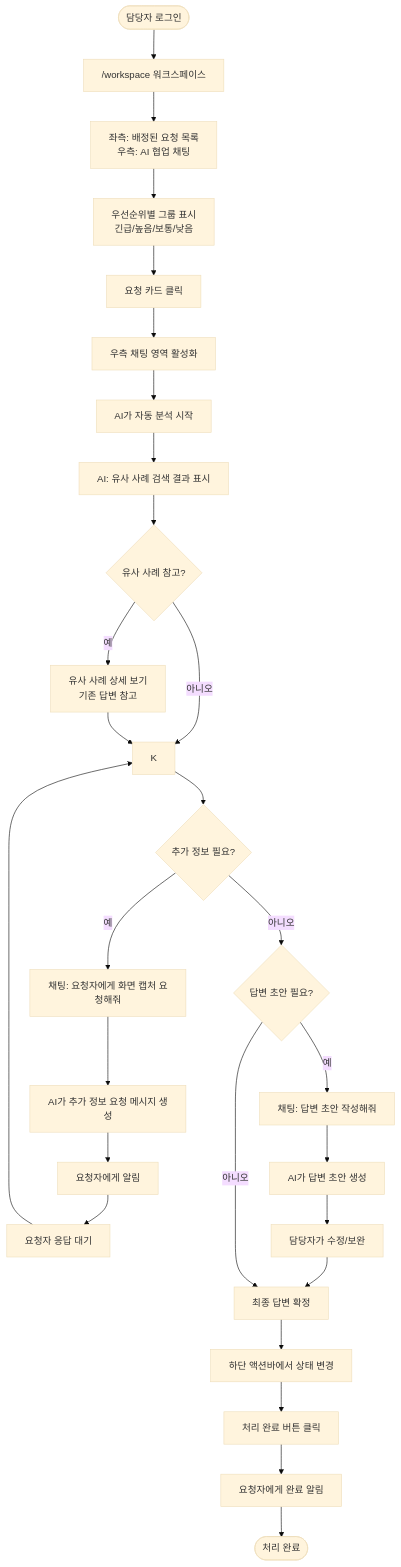
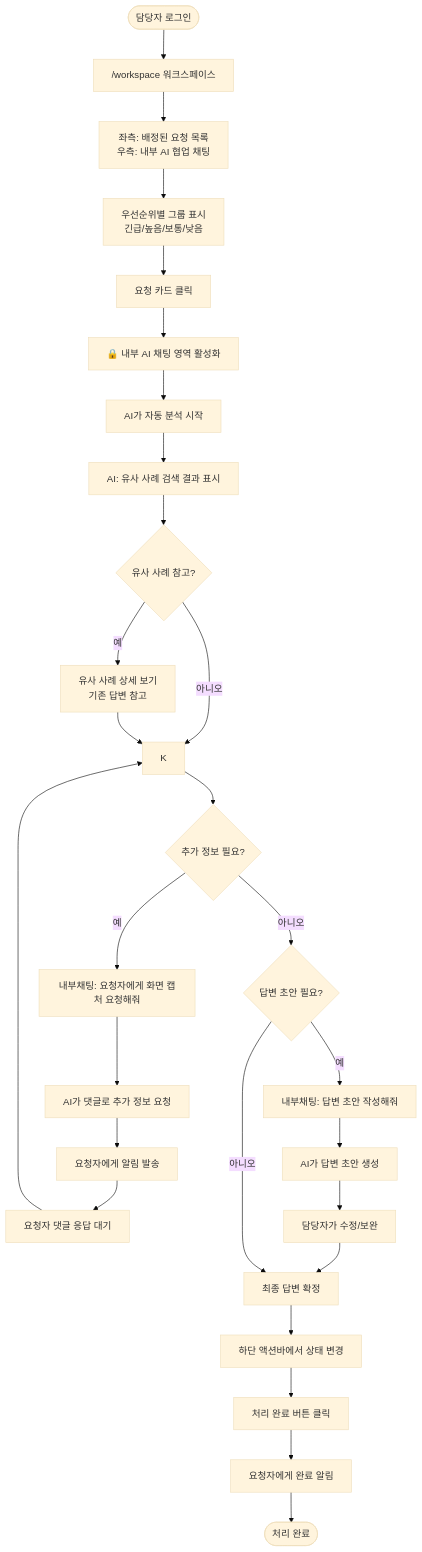
The fifth of 11 diagrams in manager/plan/requirements/04_유저플로우.md (marxsourcing/ktestate-itsm), drawn with Mermaid (base theme) before and after one commit. The commit also changed other lines of this file and 14 other files, not shown here.

````diff
--- a/manager/plan/requirements/04_유저플로우.md
+++ b/manager/plan/requirements/04_유저플로우.md
@@ -187,39 +200,39 @@
 ```mermaid
 flowchart TD
     A([담당자 로그인])
     
     A --> B["/workspace" 워크스페이스]
-    B --> C[좌측: 배정된 요청 목록<br/>우측: AI 협업 채팅]
+    B --> C[좌측: 배정된 요청 목록<br/>우측: 내부 AI 협업 채팅]
     
     C --> D[우선순위별 그룹 표시<br/>긴급/높음/보통/낮음]
     D --> E[요청 카드 클릭]
     
-    E --> F[우측 채팅 영역 활성화]
+    E --> F[🔒 내부 AI 채팅 영역 활성화]
     F --> G[AI가 자동 분석 시작]
     
     G --> H[AI: 유사 사례 검색 결과 표시]
     H --> I{유사 사례 참고?}
     I -->|예| J[유사 사례 상세 보기<br/>기존 답변 참고]
     I -->|아니오| K
     J --> K
     
     K --> L{추가 정보 필요?}
-    L -->|예| M["채팅: 요청자에게 화면 캡처 요청해줘"]
-    M --> N[AI가 추가 정보 요청 메시지 생성]
-    N --> O[요청자에게 알림]
-    O --> P[요청자 응답 대기]
+    L -->|예| M["내부채팅: 요청자에게 화면 캡처 요청해줘"]
+    M --> N[AI가 댓글로 추가 정보 요청]
+    N --> O[요청자에게 알림 발송]
+    O --> P[요청자 댓글 응답 대기]
     P --> K
     
     L -->|아니오| Q{답변 초안 필요?}
-    Q -->|예| R["채팅: 답변 초안 작성해줘"]
+    Q -->|예| R["내부채팅: 답변 초안 작성해줘"]
     R --> S[AI가 답변 초안 생성]
     S --> T[담당자가 수정/보완]
     T --> U[최종 답변 확정]
     
     Q -->|아니오| U
     
     U --> V[하단 액션바에서 상태 변경]
     V --> W["처리 완료" 버튼 클릭]
     W --> X[요청자에게 완료 알림]
     X --> Y([처리 완료])
 ```
````
